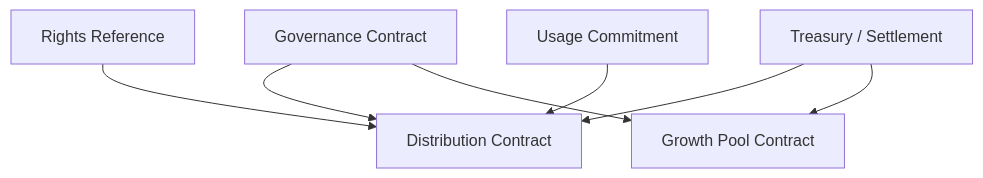
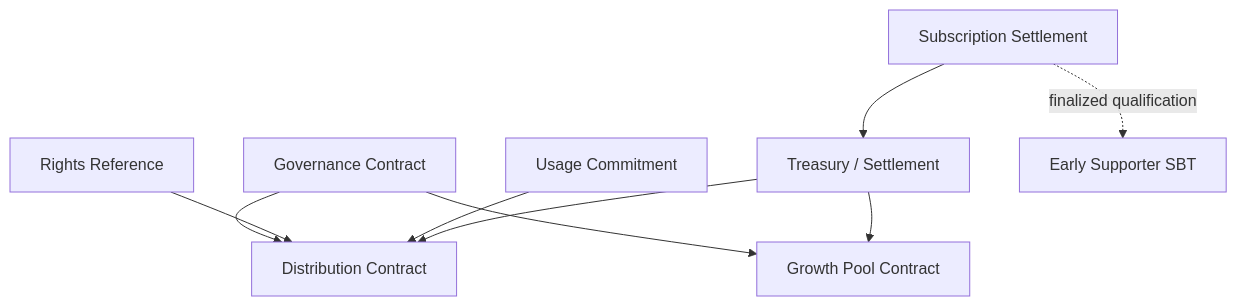
One commit to ShigeichiroYamasaki/creator-first-platform changed diagram 18 of 29 in docs/whitepaper/04-platform-architecture.md. Above: the diagram before and after it, drawn with Mermaid. The commit also changed other lines of this file and 16 other files, not shown here.

Commit message:
Align JPYC payments and sponsored SBT flows

````diff
--- a/docs/whitepaper/04-platform-architecture.md
+++ b/docs/whitepaper/04-platform-architecture.md
@@ -598,16 +601,20 @@
 ```mermaid
 flowchart TD
     GOV[Governance Contract]
     RIGHTS[Rights Reference]
     USAGE[Usage Commitment]
     DIST[Distribution Contract]
     GROWTH[Growth Pool Contract]
     TREASURY[Treasury / Settlement]
+    SUBSCRIPTION[Subscription Settlement]
+    SBT[Early Supporter SBT]
 
     GOV --> DIST
     GOV --> GROWTH
     RIGHTS --> DIST
     USAGE --> DIST
+    SUBSCRIPTION --> TREASURY
+    SUBSCRIPTION -. finalized qualification .-> SBT
     TREASURY --> DIST
     TREASURY --> GROWTH
 ```
````
